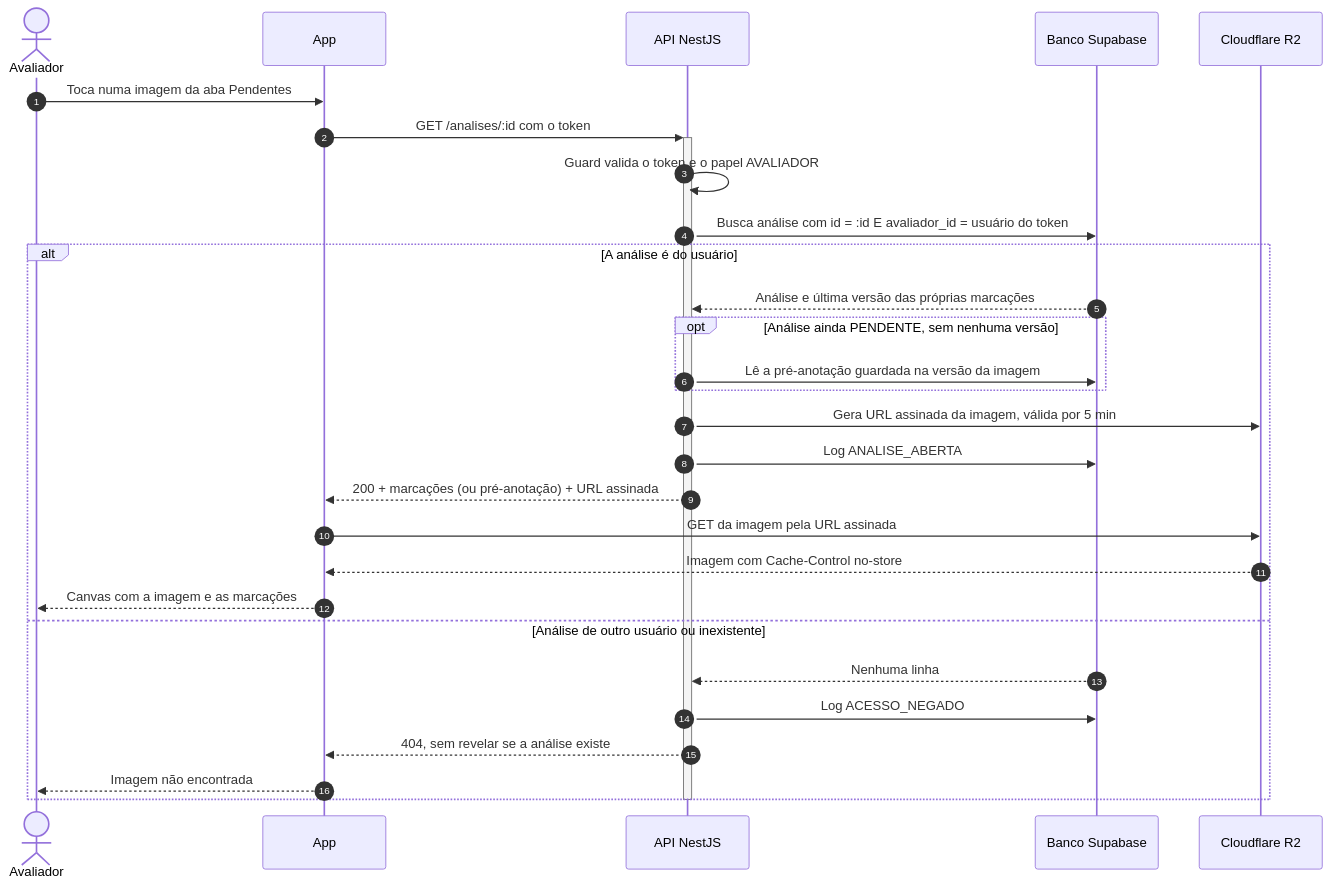
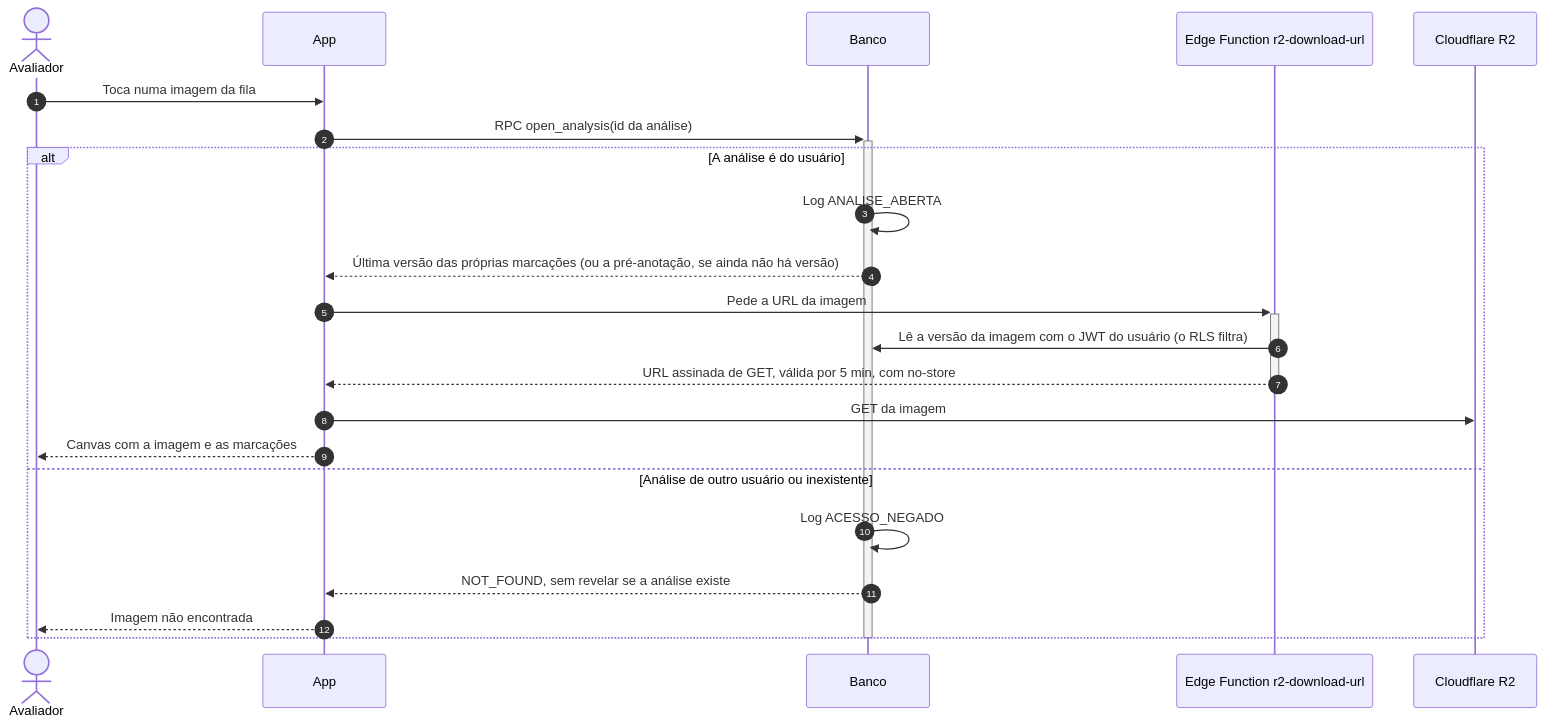
One commit to Matheus-Lordron/ki67 changed the seventh of 13 diagrams in docs/02-arquitetura.md. Above: the diagram before and after it, drawn with Mermaid. The commit also changed other lines of this file and 116 other files, not shown here.

````diff
--- a/docs/02-arquitetura.md
+++ b/docs/02-arquitetura.md
@@ -299,32 +310,27 @@
 ```mermaid
 sequenceDiagram
     autonumber
     actor A as Avaliador
     participant App
-    participant API as API NestJS
-    participant DB as Banco Supabase
+    participant DB as Banco
+    participant EF as Edge Function r2-download-url
     participant ARQ as Cloudflare R2
 
-    A->>App: Toca numa imagem da aba Pendentes
-    App->>+API: GET /analises/:id com o token
-    API->>API: Guard valida o token e o papel AVALIADOR
-    API->>DB: Busca análise com id = :id E avaliador_id = usuário do token
+    A->>App: Toca numa imagem da fila
+    App->>+DB: RPC open_analysis(id da análise)
     alt A análise é do usuário
-        DB-->>API: Análise e última versão das próprias marcações
-        opt Análise ainda PENDENTE, sem nenhuma versão
-            API->>DB: Lê a pré-anotação guardada na versão da imagem
-        end
-        API->>ARQ: Gera URL assinada da imagem, válida por 5 min
-        API->>DB: Log ANALISE_ABERTA
-        API-->>App: 200 + marcações (ou pré-anotação) + URL assinada
-        App->>ARQ: GET da imagem pela URL assinada
-        ARQ-->>App: Imagem com Cache-Control no-store
+        DB->>DB: Log ANALISE_ABERTA
+        DB-->>App: Última versão das próprias marcações (ou a pré-anotação, se ainda não há versão)
+        App->>+EF: Pede a URL da imagem
+        EF->>DB: Lê a versão da imagem com o JWT do usuário (o RLS filtra)
+        EF-->>App: URL assinada de GET, válida por 5 min, com no-store
+        deactivate EF
+        App->>ARQ: GET da imagem
         App-->>A: Canvas com a imagem e as marcações
     else Análise de outro usuário ou inexistente
-        DB-->>API: Nenhuma linha
-        API->>DB: Log ACESSO_NEGADO
-        API-->>App: 404, sem revelar se a análise existe
+        DB->>DB: Log ACESSO_NEGADO
+        DB-->>App: NOT_FOUND, sem revelar se a análise existe
         App-->>A: Imagem não encontrada
     end
-    deactivate API
+    deactivate DB
 ```
````
